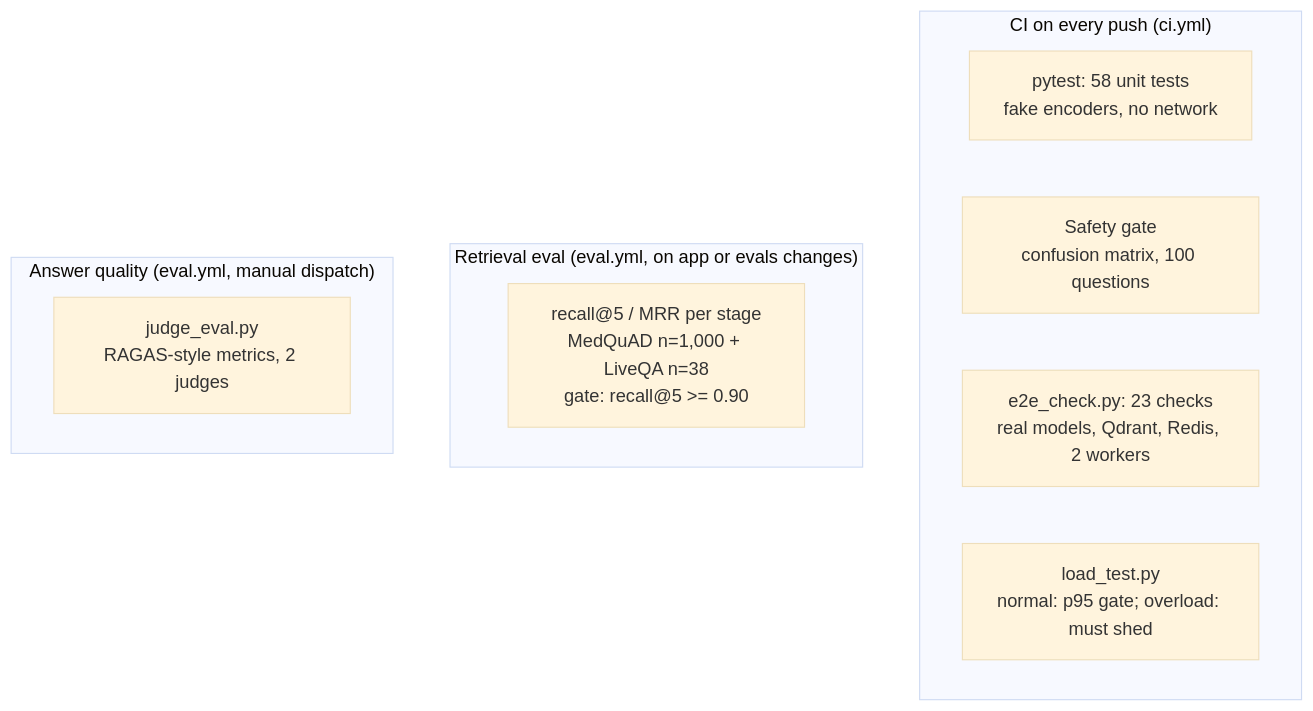
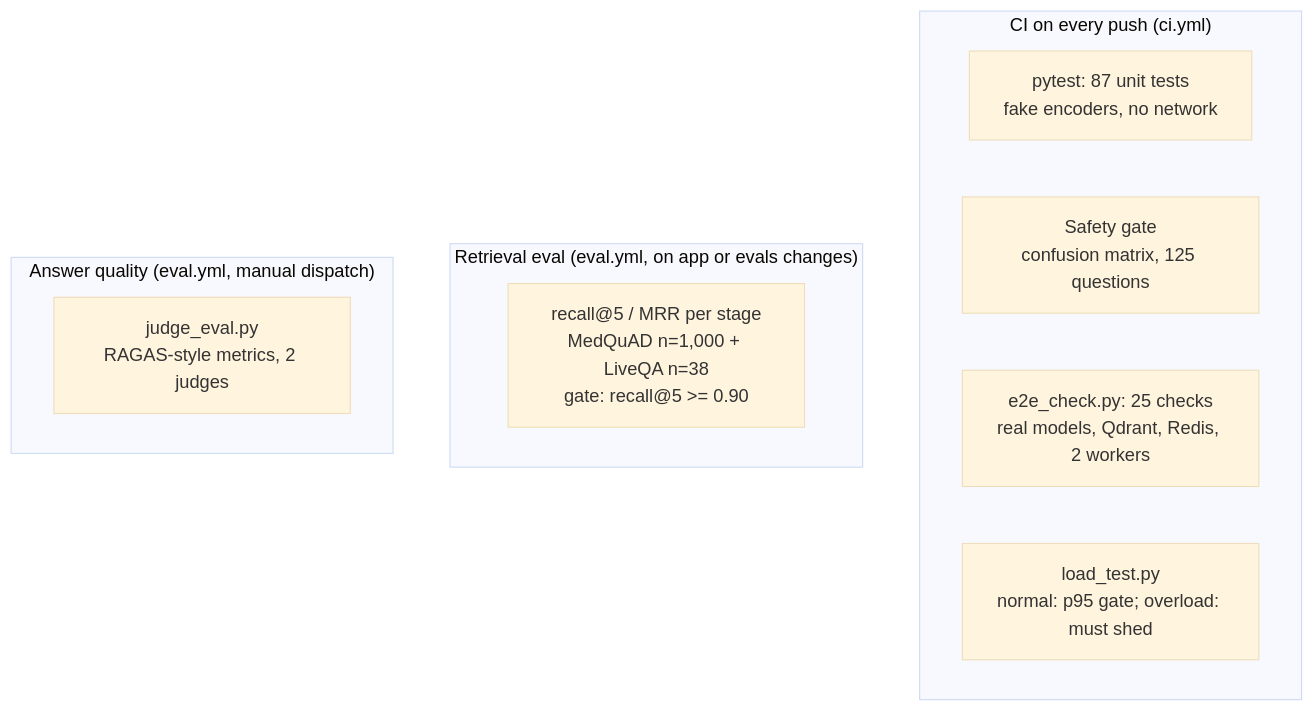
The eighth of 14 diagrams in README.md (pavanaditya123/healthcare-rag-assistant), drawn with Mermaid (base theme) before and after one commit. The commit also changed other lines of this file, not shown here.

Commit message:
README: input and output guardrails, extended safety set results

````diff
--- a/README.md
+++ b/README.md
@@ -391,15 +455,15 @@
 ```mermaid
 flowchart TD
     subgraph ci["CI on every push (ci.yml)"]
-        UT["pytest: 58 unit tests<br/>fake encoders, no network"]
-        SG["Safety gate<br/>confusion matrix, 100 questions"]
-        E2E["e2e_check.py: 23 checks<br/>real models, Qdrant, Redis, 2 workers"]
+        UT["pytest: 87 unit tests<br/>fake encoders, no network"]
+        SG["Safety gate<br/>confusion matrix, 125 questions"]
+        E2E["e2e_check.py: 25 checks<br/>real models, Qdrant, Redis, 2 workers"]
         LT["load_test.py<br/>normal: p95 gate; overload: must shed"]
     end
     subgraph ev["Retrieval eval (eval.yml, on app or evals changes)"]
         RE["recall@5 / MRR per stage<br/>MedQuAD n=1,000 + LiveQA n=38<br/>gate: recall@5 >= 0.90"]
     end
     subgraph jd["Answer quality (eval.yml, manual dispatch)"]
         JE["judge_eval.py<br/>RAGAS-style metrics, 2 judges"]
     end
 ```
````
